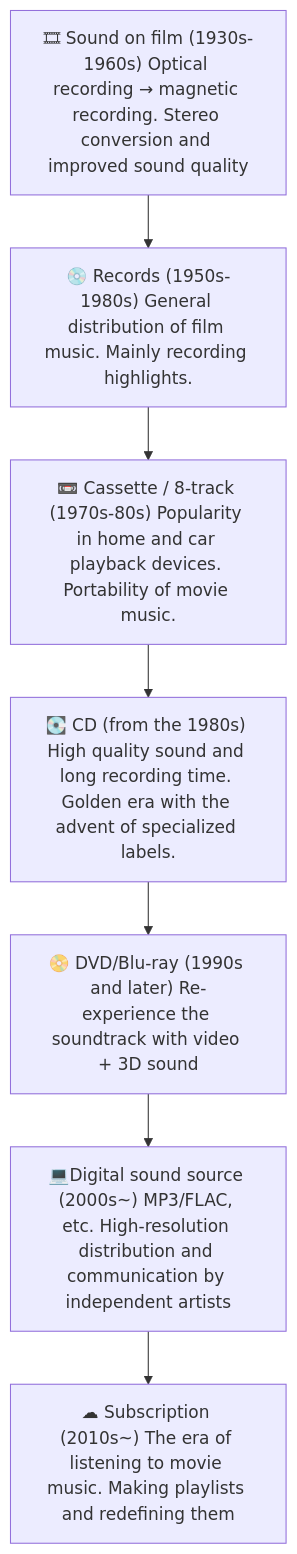
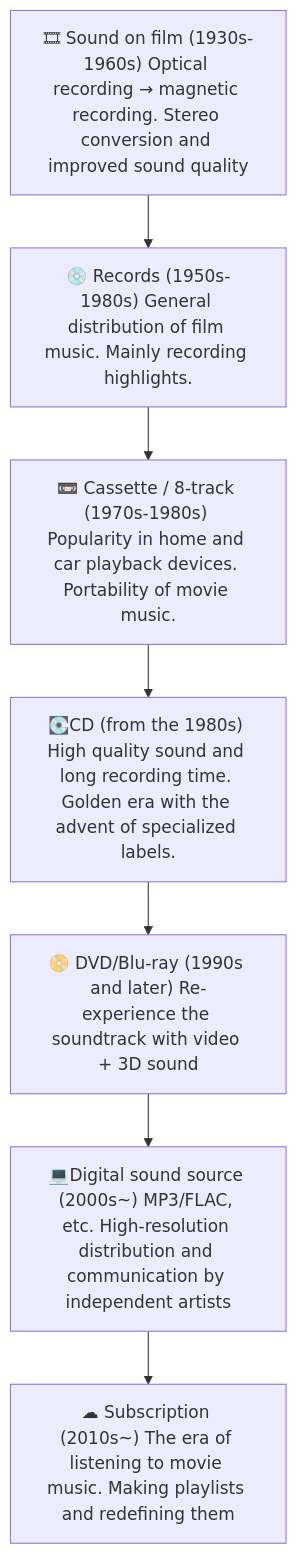
Before and after one commit to monumental-movement/monumental-movement.github.io: the diagram in en/_posts/2025-07-17-Column-Soundtrack.md, drawn with Mermaid. The commit also changed other lines of this file and 366 other files, not shown here.

```diff
--- a/en/_posts/2025-07-17-Column-Soundtrack.md
+++ b/en/_posts/2025-07-17-Column-Soundtrack.md
@@ -102,14 +102,14 @@
 <div class="mermaid">
 
 flowchart TD
   A["🎞 Sound on film (1930s-1960s) Optical recording → magnetic recording. Stereo conversion and improved sound quality"]
   B["💿 Records (1950s-1980s) General distribution of film music. Mainly recording highlights."]
-  C["📼 Cassette / 8-track (1970s-80s) Popularity in home and car playback devices. Portability of movie music."]
-  D["💽 CD (from the 1980s) High quality sound and long recording time. Golden era with the advent of specialized labels."]
+  C["📼 Cassette / 8-track (1970s-1980s) Popularity in home and car playback devices. Portability of movie music."]
+  D["💽CD (from the 1980s) High quality sound and long recording time. Golden era with the advent of specialized labels."]
   E["📀 DVD/Blu-ray (1990s and later) Re-experience the soundtrack with video + 3D sound"]
   F["💻Digital sound source (2000s~) MP3/FLAC, etc. High-resolution distribution and communication by independent artists"]
   G["☁ Subscription (2010s~) The era of listening to movie music. Making playlists and redefining them"]
 
   A --> B --> C --> D --> E --> F --> G
 
 </div>
```
